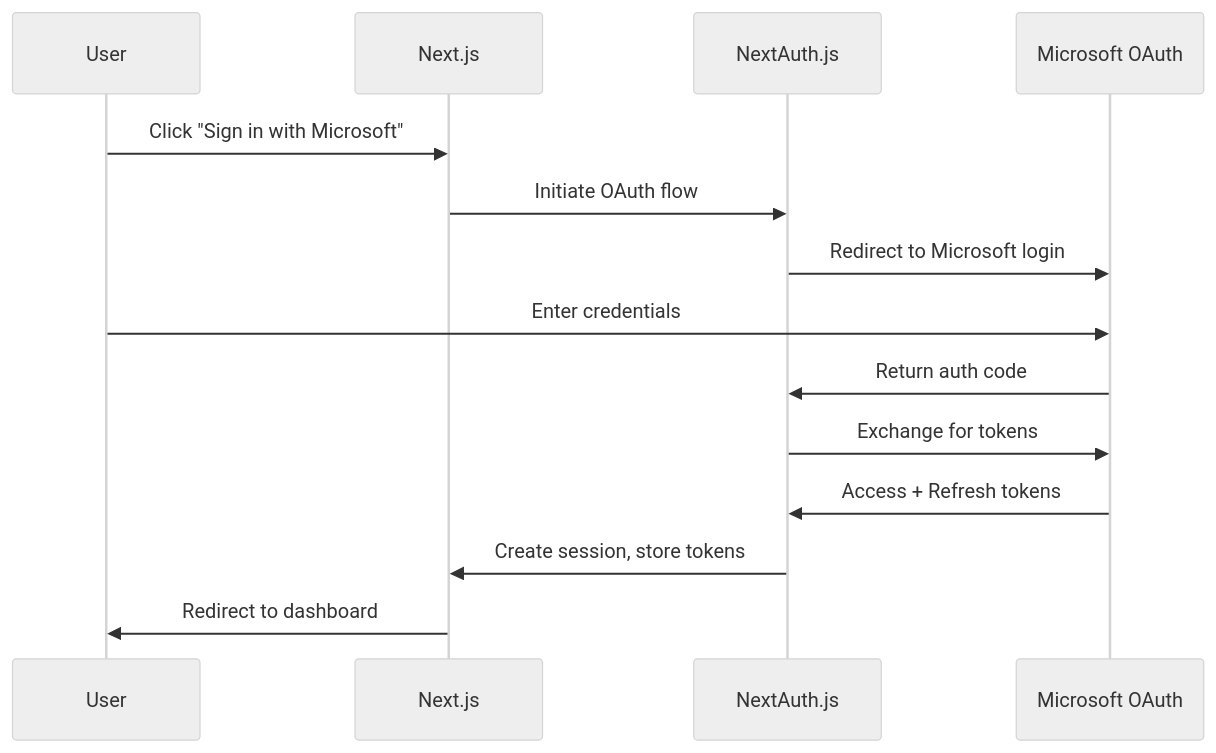
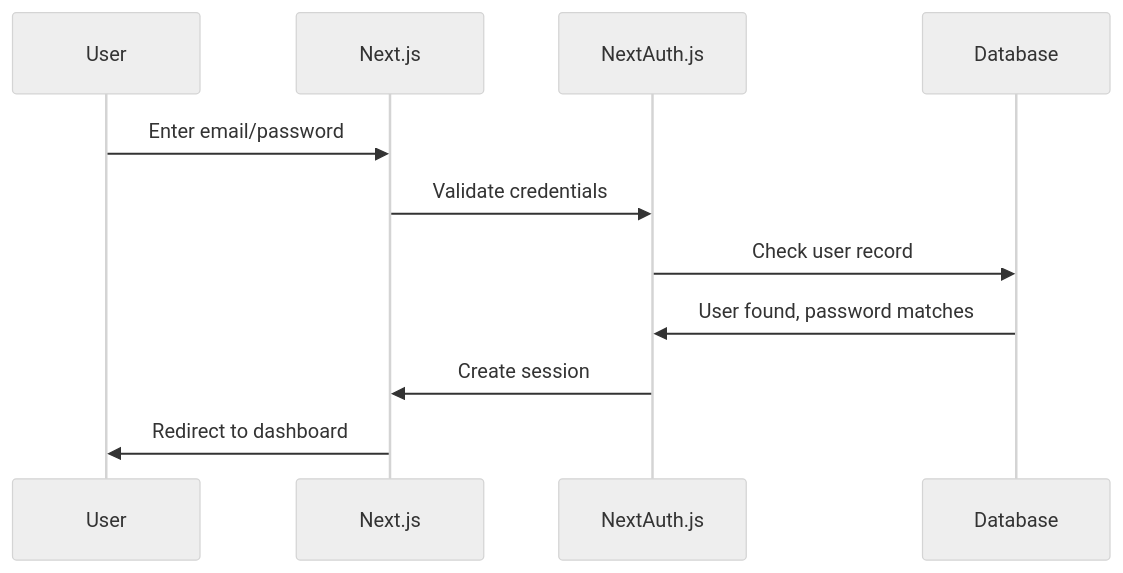
The seventh of 8 diagrams in docs/architecture.md (hubo-lean/bee), drawn with Mermaid (neutral theme) before and after one commit. The commit also changed other lines of this file and 85 other files, not shown here.

````diff
--- a/docs/architecture.md
+++ b/docs/architecture.md
@@ -1911,17 +2285,14 @@
 ```mermaid
 sequenceDiagram
     participant U as User
     participant App as Next.js
     participant Auth as NextAuth.js
-    participant MS as Microsoft OAuth
+    participant DB as Database
 
-    U->>App: Click "Sign in with Microsoft"
-    App->>Auth: Initiate OAuth flow
-    Auth->>MS: Redirect to Microsoft login
-    U->>MS: Enter credentials
-    MS->>Auth: Return auth code
-    Auth->>MS: Exchange for tokens
-    MS->>Auth: Access + Refresh tokens
-    Auth->>App: Create session, store tokens
+    U->>App: Enter email/password
+    App->>Auth: Validate credentials
+    Auth->>DB: Check user record
+    DB->>Auth: User found, password matches
+    Auth->>App: Create session
     App->>U: Redirect to dashboard
 ```
````
